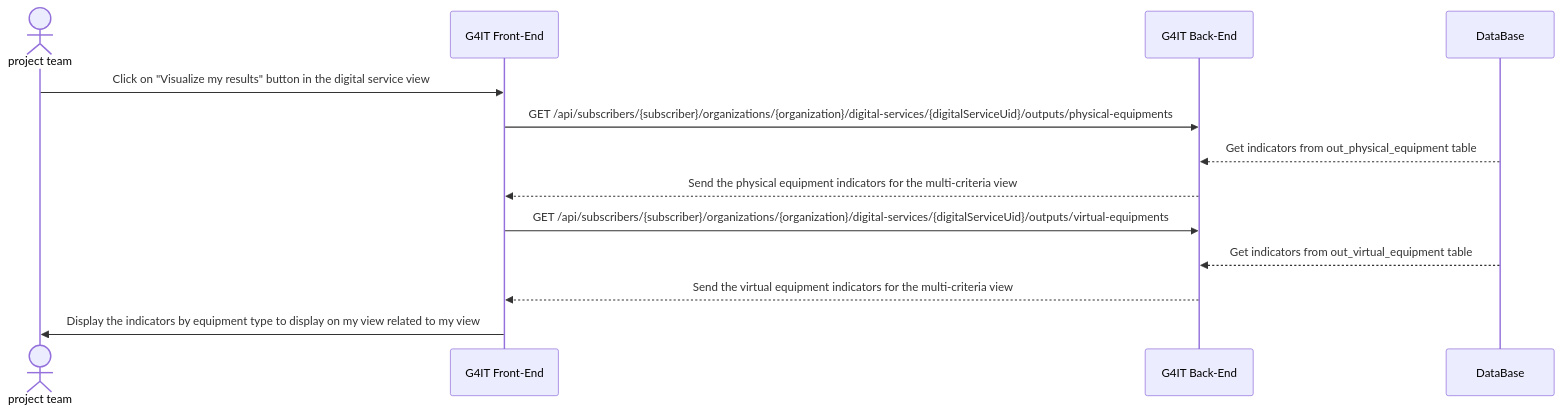
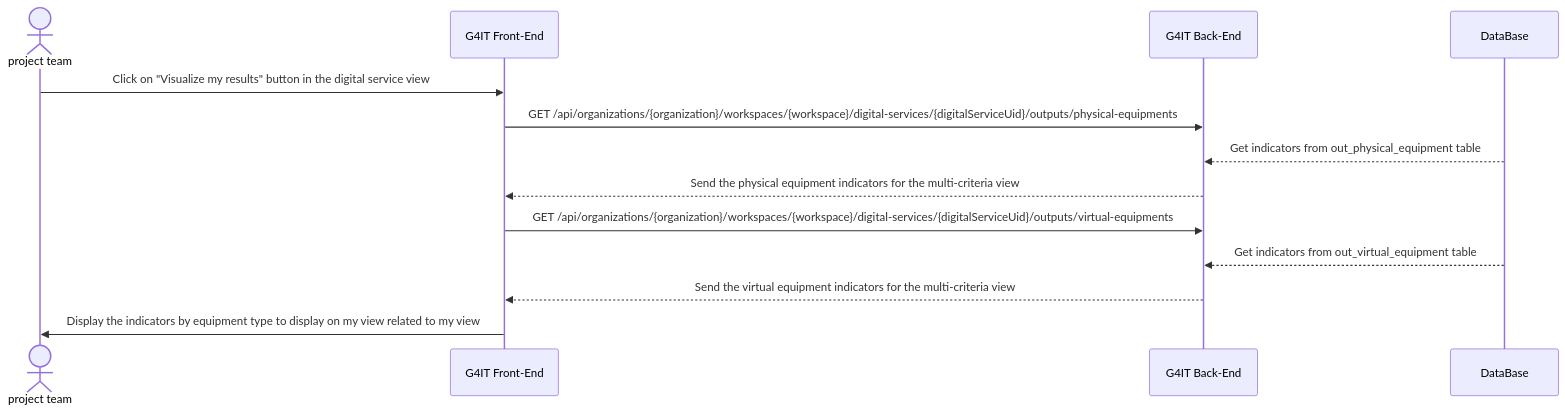
The second of 2 diagrams in services/documentation/content/2-functional-documentation/use_cases/uc_digital_services/uc5_visualize_footprint/_index.md (teamg4it/g4it), drawn with Mermaid before and after one commit. The commit also changed other lines of this file and 92 other files, not shown here.

```diff
--- a/services/documentation/content/2-functional-documentation/use_cases/uc_digital_services/uc5_visualize_footprint/_index.md
+++ b/services/documentation/content/2-functional-documentation/use_cases/uc_digital_services/uc5_visualize_footprint/_index.md
@@ -98,17 +98,17 @@
 {{< mermaid >}}
 sequenceDiagram
 actor RND as project team
 participant front as G4IT Front-End
 participant back as G4IT Back-End
 participant DataBase
 
 RND ->> front: Click on "Visualize my results" button in the digital service view
-front ->> back: GET /api/subscribers/{subscriber}/organizations/{organization}/digital-services/{digitalServiceUid}/outputs/physical-equipments
+front ->> back: GET /api/organizations/{organization}/workspaces/{workspace}/digital-services/{digitalServiceUid}/outputs/physical-equipments
 DataBase-->> back: Get indicators from out_physical_equipment table
 back-->> front: Send the physical equipment indicators for the multi-criteria view
-front ->> back: GET /api/subscribers/{subscriber}/organizations/{organization}/digital-services/{digitalServiceUid}/outputs/virtual-equipments
+front ->> back: GET /api/organizations/{organization}/workspaces/{workspace}/digital-services/{digitalServiceUid}/outputs/virtual-equipments
 DataBase-->> back: Get indicators from out_virtual_equipment table
 back-->> front: Send the virtual equipment indicators for the multi-criteria view
 front->> RND : Display the indicators by equipment type to display on my view related to my view
 
 {{< /mermaid >}}
```
